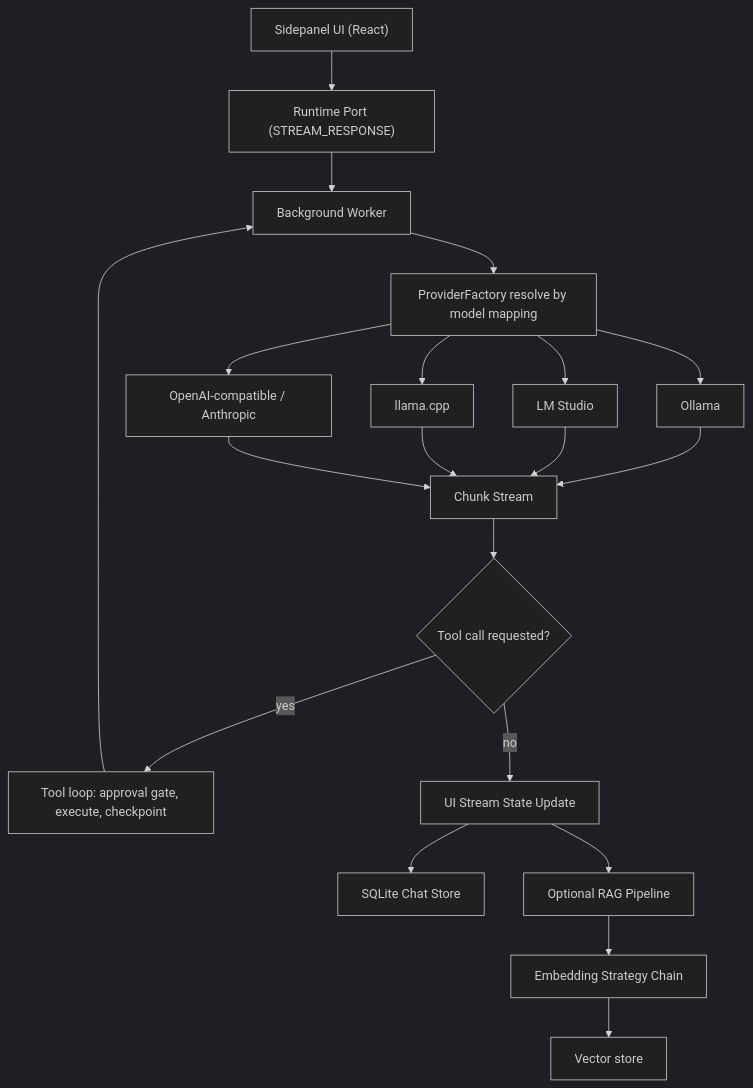
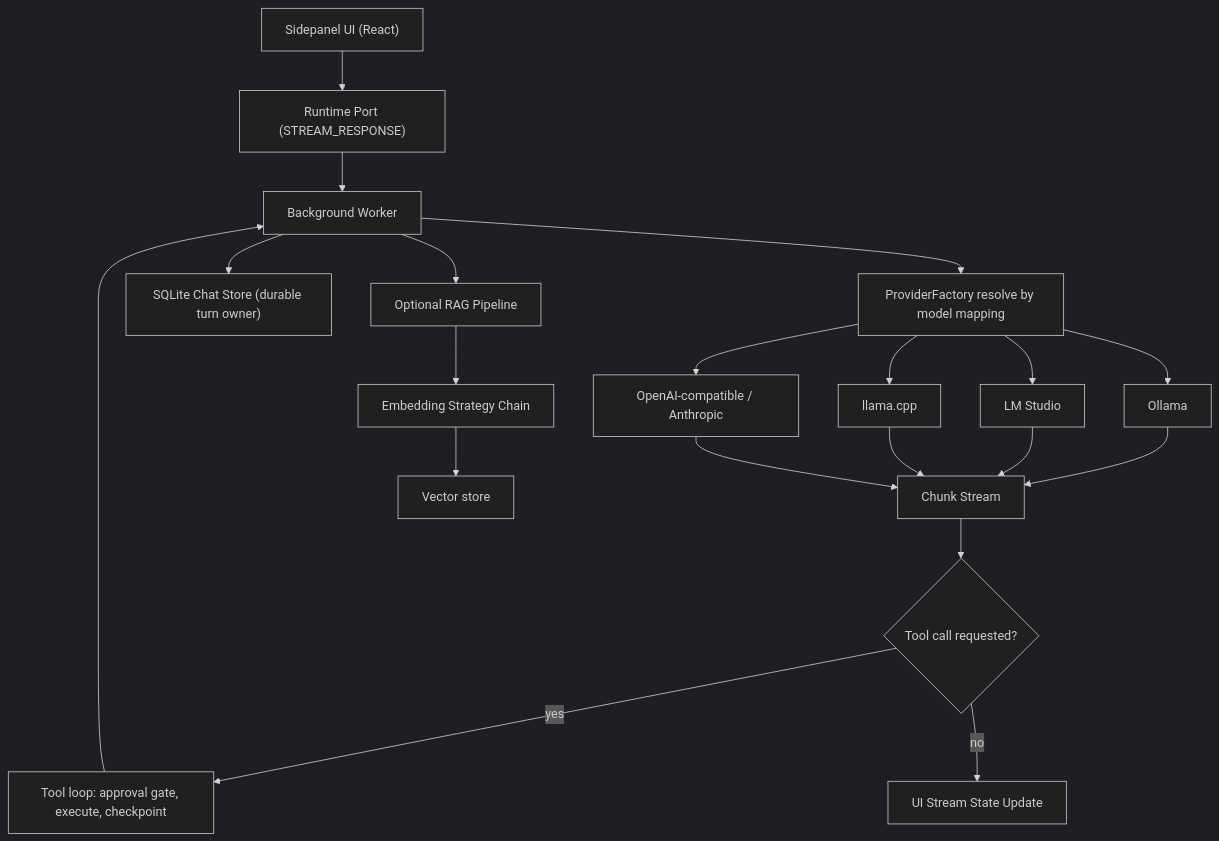
Before and after one commit to Shishir435/ollama-client: the diagram in docs/src/content/docs/concepts/architecture.md, drawn with Mermaid (dark theme). The commit also changed other lines of this file and 32 other files, not shown here.

````diff
--- a/docs/src/content/docs/concepts/architecture.md
+++ b/docs/src/content/docs/concepts/architecture.md
@@ -147,22 +147,22 @@
 ```mermaid
 flowchart TD
     A["Sidepanel UI (React)"] --> B["Runtime Port (STREAM_RESPONSE)"]
     B --> C["Background Worker"]
     C --> D["ProviderFactory resolve by model mapping"]
     D --> E["Ollama"]
     D --> F["LM Studio"]
     D --> G["llama.cpp"]
     D --> N["OpenAI-compatible / Anthropic"]
     E --> H["Chunk Stream"]
     F --> H
     G --> H
     N --> H
     H --> T{"Tool call requested?"}
     T -->|yes| U["Tool loop: approval gate, execute, checkpoint"]
     U --> C
     T -->|no| I["UI Stream State Update"]
-    I --> J["SQLite Chat Store"]
-    I --> K["Optional RAG Pipeline"]
+    C --> J["SQLite Chat Store (durable turn owner)"]
+    C --> K["Optional RAG Pipeline"]
     K --> L["Embedding Strategy Chain"]
     L --> M["Vector store"]
 ```
````
